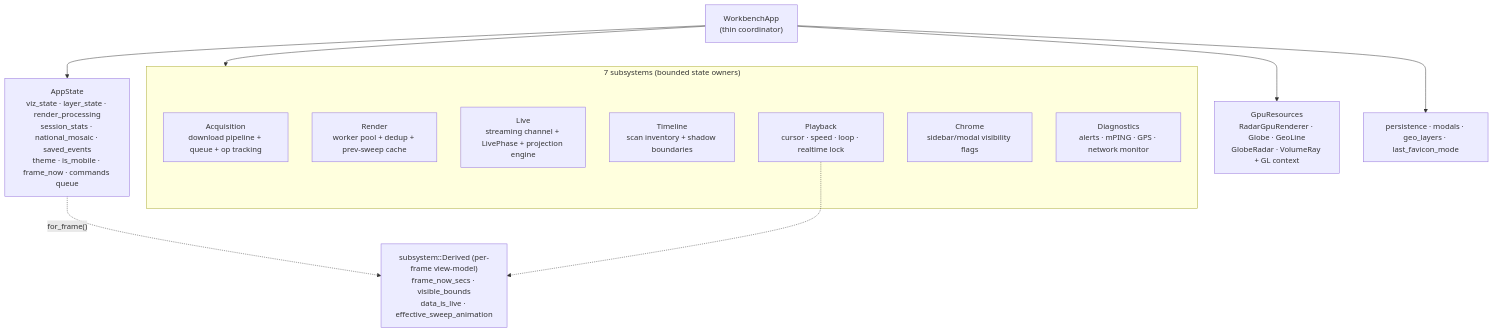
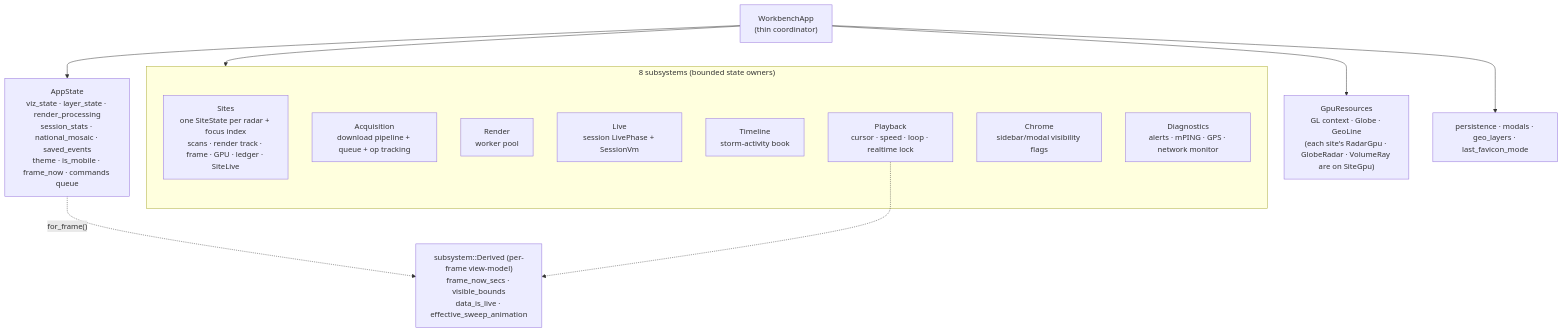
Before and after one commit to danielway/nexrad-workbench: the sixth of 22 diagrams in docs/ARCHITECTURE_DIAGRAMS.md, drawn with Mermaid. The commit also changed other lines of this file and 36 other files, not shown here.

First line of the commit message:
Describe sites in the docs and close the multi-site leftovers (#265)

````diff
--- a/docs/ARCHITECTURE_DIAGRAMS.md
+++ b/docs/ARCHITECTURE_DIAGRAMS.md
@@ -278,29 +278,30 @@
 ```mermaid
 flowchart TB
     app["WorkbenchApp<br/>(thin coordinator)"]
 
-    subgraph subs["7 subsystems (bounded state owners)"]
+    subgraph subs["8 subsystems (bounded state owners)"]
+        sites["Sites<br/>one SiteState per radar + focus index<br/>scans · render track · frame · GPU · ledger · SiteLive"]
         acq["Acquisition<br/>download pipeline + queue + op tracking"]
-        rend["Render<br/>worker pool + dedup + prev-sweep cache"]
-        live["Live<br/>streaming channel + LivePhase + projection engine"]
-        tl["Timeline<br/>scan inventory + shadow boundaries"]
+        rend["Render<br/>worker pool"]
+        live["Live<br/>session LivePhase + SessionVm"]
+        tl["Timeline<br/>storm-activity book"]
         pb["Playback<br/>cursor · speed · loop · realtime lock"]
         chr["Chrome<br/>sidebar/modal visibility flags"]
         diag["Diagnostics<br/>alerts · mPING · GPS · network monitor"]
     end
 
     state["AppState<br/>viz_state · layer_state · render_processing<br/>session_stats · national_mosaic · saved_events<br/>theme · is_mobile · frame_now · commands queue"]
 
-    gpu["GpuResources<br/>RadarGpuRenderer · Globe · GeoLine<br/>GlobeRadar · VolumeRay + GL context"]
+    gpu["GpuResources<br/>GL context · Globe · GeoLine<br/>(each site's RadarGpu · GlobeRadar · VolumeRay are on SiteGpu)"]
 
     misc["persistence · modals · geo_layers · last_favicon_mode"]
 
     app --> subs
     app --> state
     app --> gpu
     app --> misc
 
     derived["subsystem::Derived (per-frame view-model)<br/>frame_now_secs · visible_bounds<br/>data_is_live · effective_sweep_animation"]
     state -.->|"for_frame()"| derived
     pb -.-> derived
 ```
````
